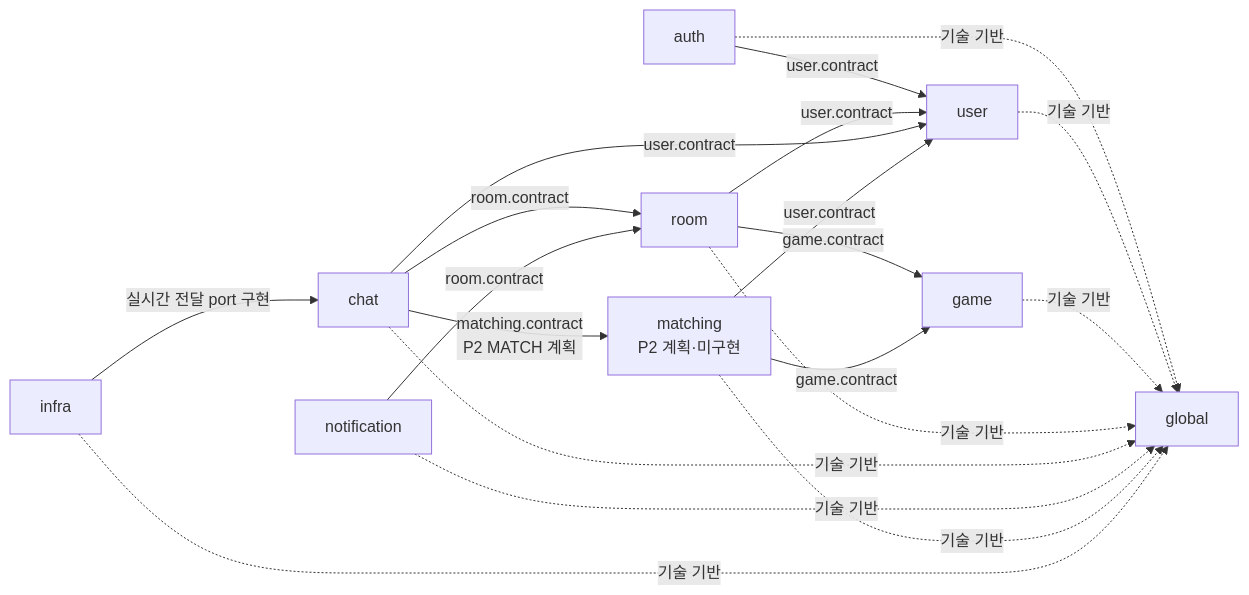
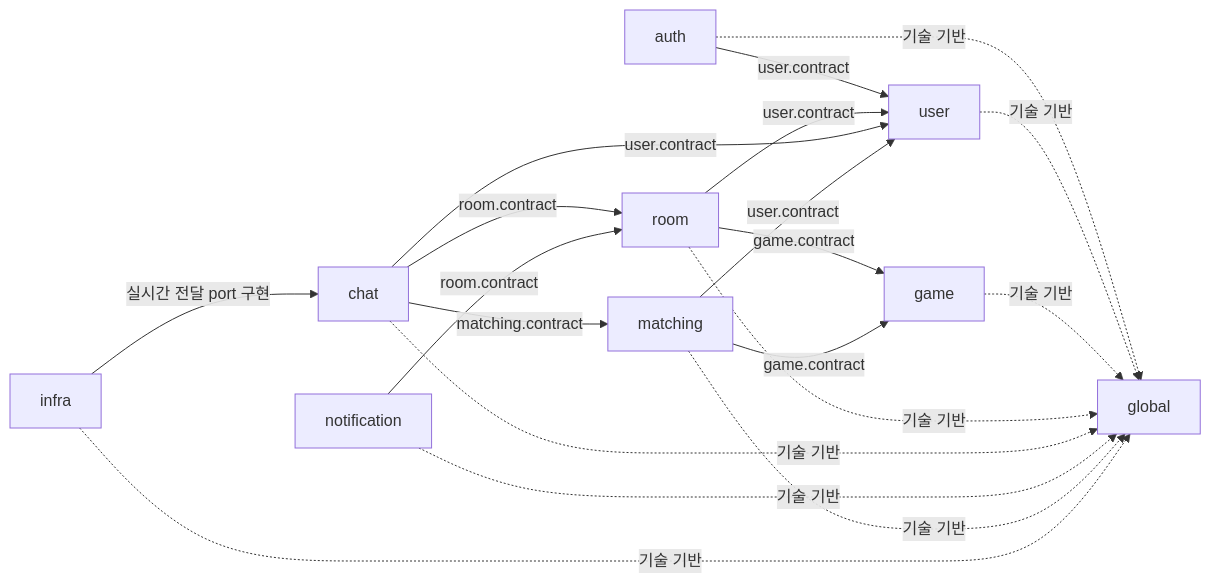
One commit to bamsongi-club/albam-mate changed the first of 9 diagrams in docs/ARCHITECTURE.md. Above: the diagram before and after it, drawn with Mermaid. The commit also changed other lines of this file and 7 other files, not shown here.

````diff
--- a/docs/ARCHITECTURE.md
+++ b/docs/ARCHITECTURE.md
@@ -52,22 +52,22 @@
 ```mermaid
 flowchart LR
     auth["auth"] -->|"user.contract"| user["user"]
     room["room"] -->|"user.contract"| user
     room -->|"game.contract"| game["game"]
     chat["chat"] -->|"room.contract"| room
     chat -->|"user.contract"| user
     notification["notification"] -->|"room.contract"| room
-    matching["matching<br/>P2 계획·미구현"] -->|"user.contract"| user
+    matching["matching"] -->|"user.contract"| user
     matching -->|"game.contract"| game
-    chat -->|"matching.contract<br/>P2 MATCH 계획"| matching
+    chat -->|"matching.contract"| matching
 
     auth -.->|"기술 기반"| global["global"]
     user -.->|"기술 기반"| global
     game -.->|"기술 기반"| global
     room -.->|"기술 기반"| global
     chat -.->|"기술 기반"| global
     notification -.->|"기술 기반"| global
     matching -.->|"기술 기반"| global
     infra["infra"] -.->|"기술 기반"| global
     infra -->|"실시간 전달 port 구현"| chat
 ```
````
